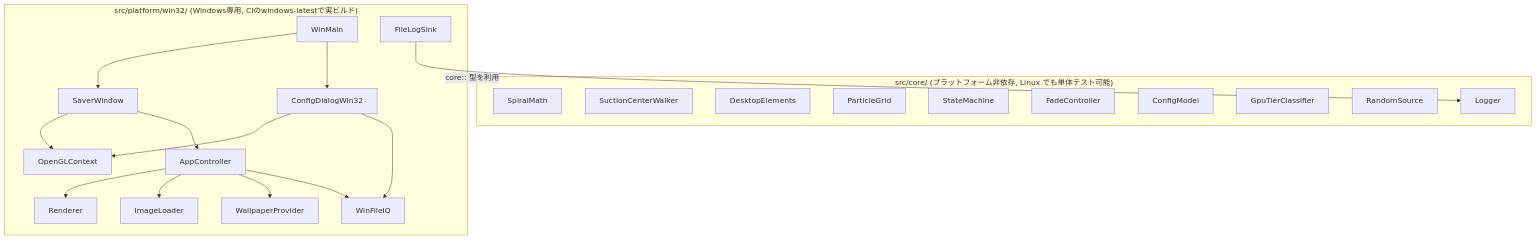
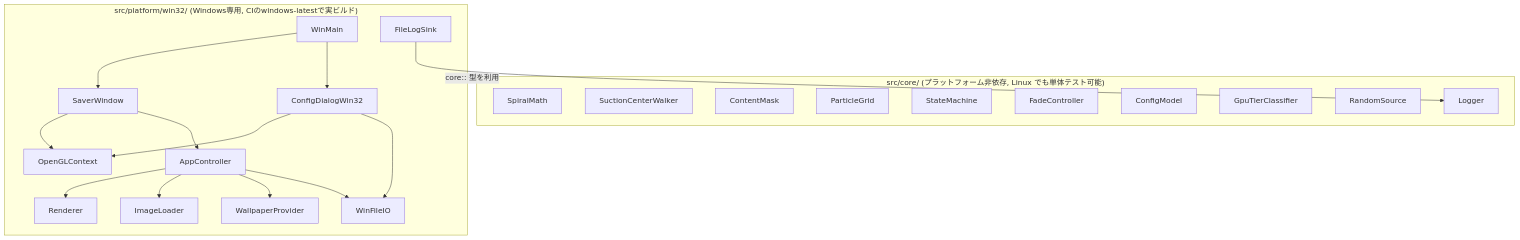
The first of 3 diagrams in docs/DESIGN.md (himayah/scrkit), drawn with Mermaid before and after one commit. The commit also changed other lines of this file and 24 other files, not shown here.

````diff
--- a/docs/DESIGN.md
+++ b/docs/DESIGN.md
@@ -13,31 +13,31 @@
 ```mermaid
 flowchart TB
     subgraph core["src/core/ (プラットフォーム非依存, Linux でも単体テスト可能)"]
         SpiralMath
         SuctionCenterWalker
-        DesktopElements
+        ContentMask
         ParticleGrid
         StateMachine
         FadeController
         ConfigModel
         GpuTierClassifier
         RandomSource
         Logger
     end
 
     subgraph win32["src/platform/win32/ (Windows専用, CIのwindows-latestで実ビルド)"]
         WinMain --> SaverWindow
         SaverWindow --> OpenGLContext
         SaverWindow --> AppController
         AppController --> Renderer
         AppController --> ImageLoader
         AppController --> WallpaperProvider
         ConfigDialogWin32 --> OpenGLContext
         WinMain --> ConfigDialogWin32
         FileLogSink --> Logger
         ConfigDialogWin32 --> WinFileIO
         AppController --> WinFileIO
     end
 
     win32 -->|core:: 型を利用| core
 ```
````
